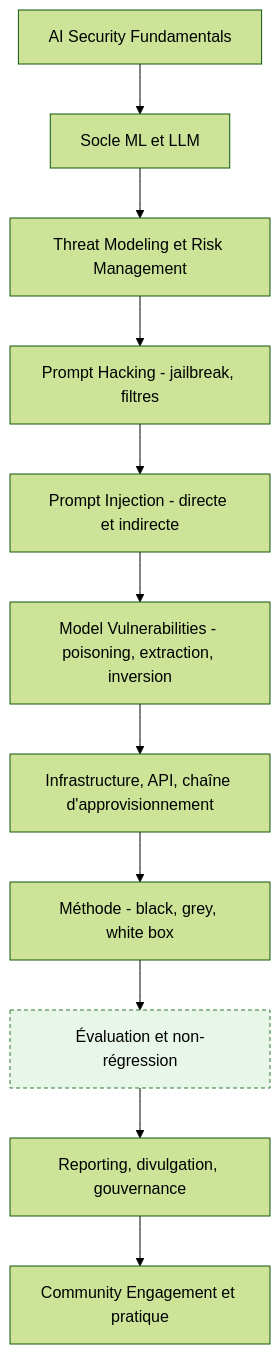
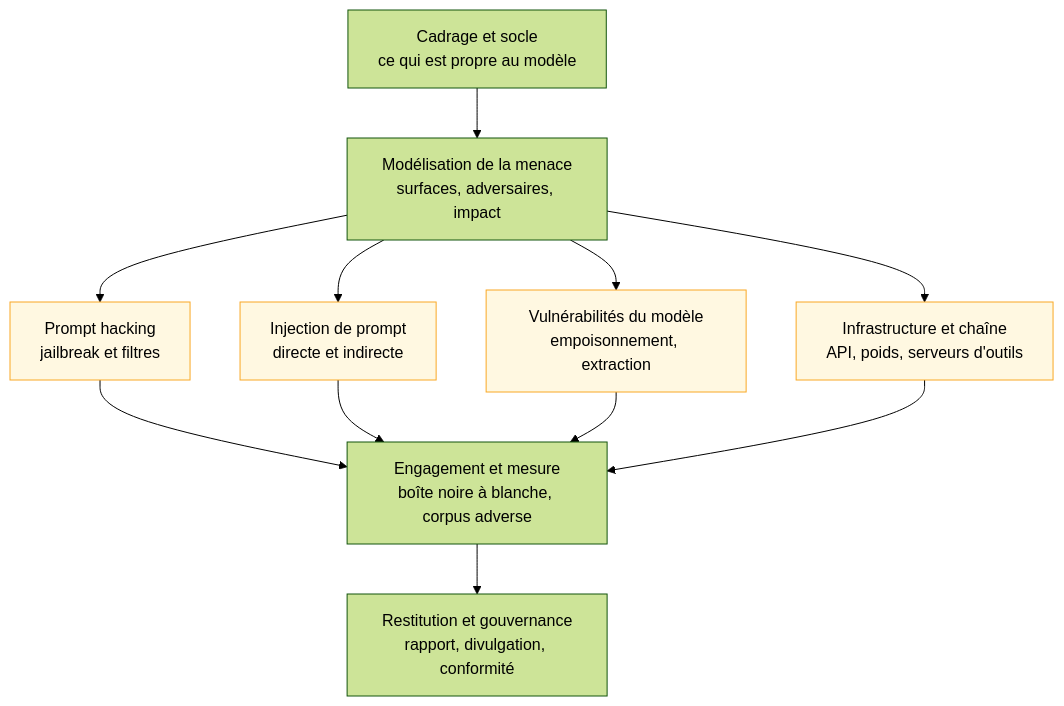
Before and after one commit to floSa/Atlas-Metiers-Roadmaps: the diagram in content/parcours/ai-red-teaming/index.md, drawn with Mermaid (forest theme). The commit also changed other lines of this file and 8 other files, not shown here.

Commit message:
AI Red Teaming : page d'entree et huit sections au gabarit

````diff
--- a/content/parcours/ai-red-teaming/index.md
+++ b/content/parcours/ai-red-teaming/index.md
@@ -13,14 +15,25 @@
 ```mermaid
 flowchart TD
-  A["AI Security Fundamentals"] --> B["Socle ML et LLM"]
-  B --> C["Threat Modeling et Risk Management"]
-  C --> D["Prompt Hacking - jailbreak, filtres"]
-  D --> E["Prompt Injection - directe et indirecte"]
-  E --> F["Model Vulnerabilities - poisoning, extraction, inversion"]
-  F --> G["Infrastructure, API, chaîne d'approvisionnement"]
-  G --> H["Méthode - black, grey, white box"]
-  H --> I["Évaluation et non-régression"]:::ajout
-  I --> J["Reporting, divulgation, gouvernance"]
-  J --> K["Community Engagement et pratique"]
-  classDef ajout fill:#e8f5e9,stroke:#2e7d32,stroke-width:1px,stroke-dasharray:4 3
+  F["Cadrage et socle<br/>ce qui est propre au modèle"] --> M["Modélisation de la menace<br/>surfaces, adversaires, impact"]
+  M --> PH["Prompt hacking<br/>jailbreak et filtres"]
+  M --> PI["Injection de prompt<br/>directe et indirecte"]
+  M --> MV["Vulnérabilités du modèle<br/>empoisonnement, extraction"]
+  M --> IN["Infrastructure et chaîne<br/>API, poids, serveurs d'outils"]
+  PH --> E["Engagement et mesure<br/>boîte noire à blanche, corpus adverse"]
+  PI --> E
+  MV --> E
+  IN --> E
+  E --> R["Restitution et gouvernance<br/>rapport, divulgation, conformité"]
+
+  click F "/parcours/ai-red-teaming/cadrage-et-socle"
+  click M "/parcours/ai-red-teaming/modelisation-de-la-menace"
+  click PH "/parcours/ai-red-teaming/prompt-hacking"
+  click PI "/parcours/ai-red-teaming/injection-de-prompt"
+  click MV "/parcours/ai-red-teaming/vulnerabilites-du-modele"
+  click IN "/parcours/ai-red-teaming/infrastructure-et-chaine"
+  click E "/parcours/ai-red-teaming/engagement-et-mesure"
+  click R "/parcours/ai-red-teaming/restitution-et-gouvernance"
+
+  classDef surface fill:#fff8e1,stroke:#f9a825,stroke-width:1px
+  class PH,PI,MV,IN surface
 ```
````
